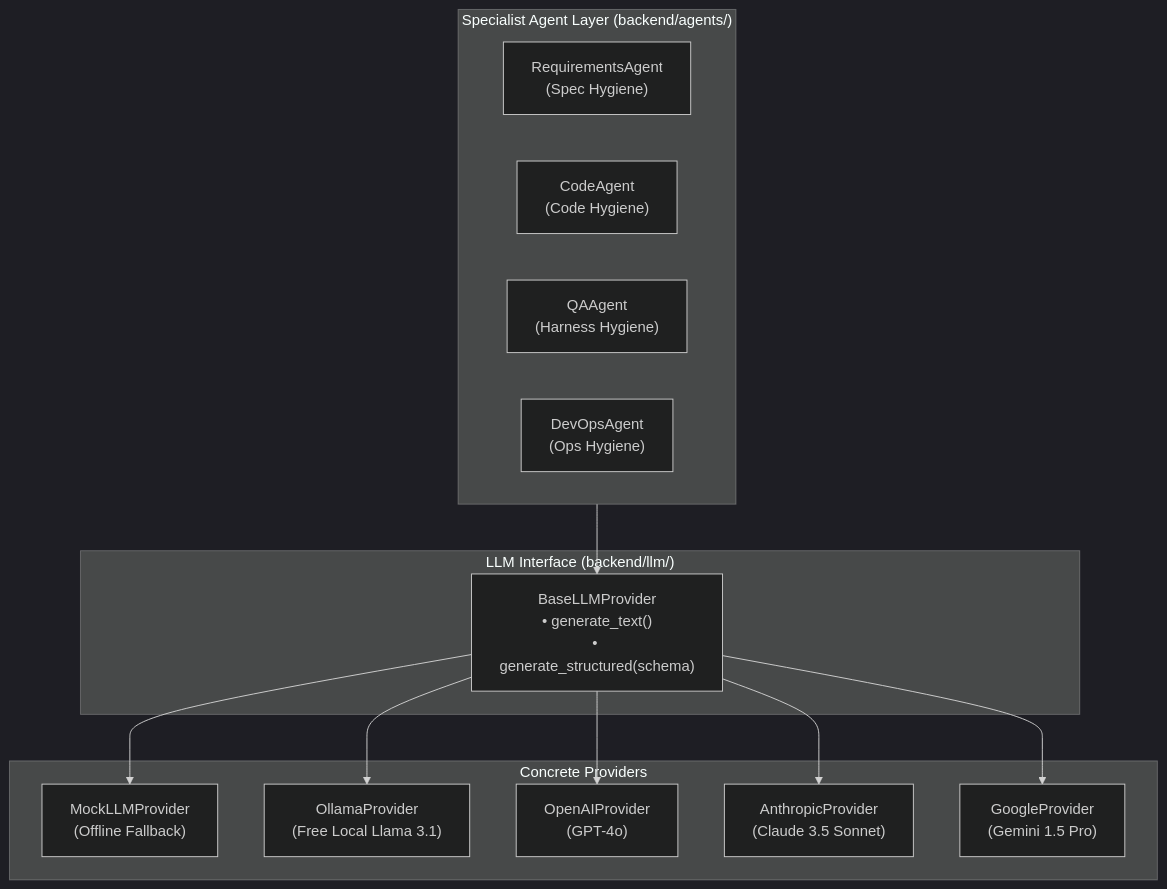
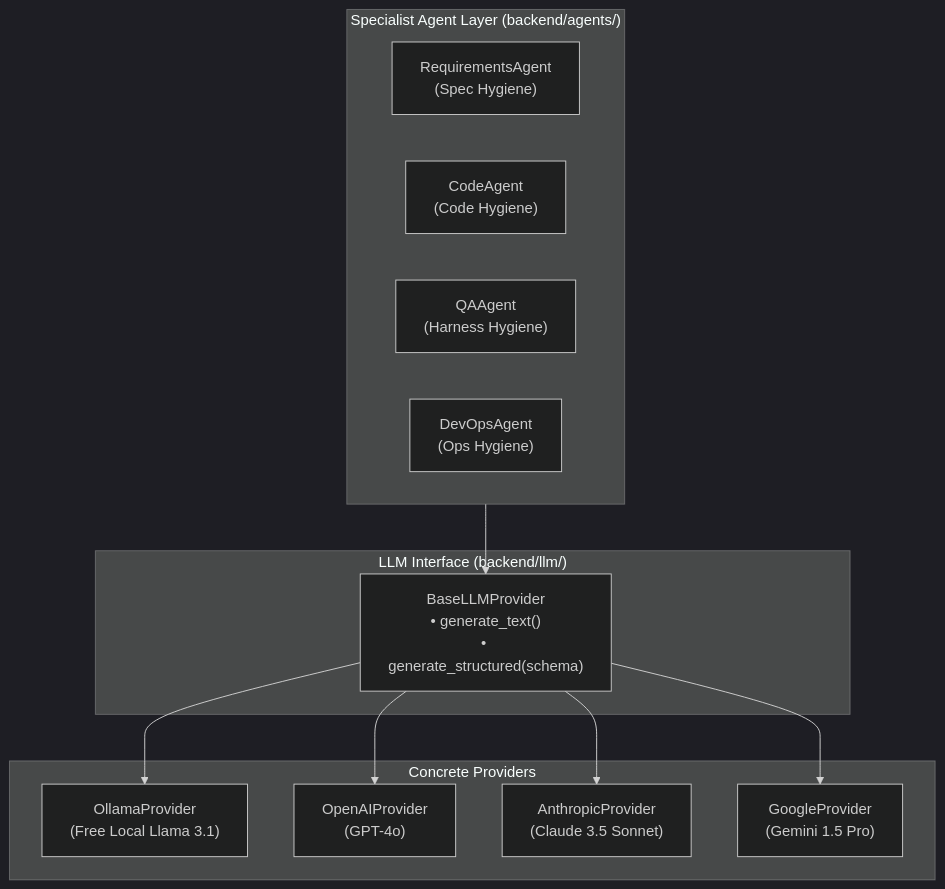
Before and after one commit to Yumekerol/AI-SDLC-compass: the diagram in SDLC-Compass/docs/AGENT_LLM_TRANSITION_GUIDE.md, drawn with Mermaid (dark theme). The commit also changed other lines of this file and 12 other files, not shown here.

````diff
--- a/SDLC-Compass/docs/AGENT_LLM_TRANSITION_GUIDE.md
+++ b/SDLC-Compass/docs/AGENT_LLM_TRANSITION_GUIDE.md
@@ -12,28 +12,26 @@
 ```mermaid
 flowchart TD
     subgraph Specialists["Specialist Agent Layer (backend/agents/)"]
         ReqAgent["RequirementsAgent\n(Spec Hygiene)"]
         CodeAgent["CodeAgent\n(Code Hygiene)"]
         QAAgent["QAAgent\n(Harness Hygiene)"]
         DevOpsAgent["DevOpsAgent\n(Ops Hygiene)"]
     end
 
     subgraph Abstraction["LLM Interface (backend/llm/)"]
         BaseLLM["BaseLLMProvider\n• generate_text()\n• generate_structured(schema)"]
     end
 
     subgraph Providers["Concrete Providers"]
-        MockP["MockLLMProvider\n(Offline Fallback)"]
         OllamaP["OllamaProvider\n(Free Local Llama 3.1)"]
         OpenAIP["OpenAIProvider\n(GPT-4o)"]
         ClaudeP["AnthropicProvider\n(Claude 3.5 Sonnet)"]
         GeminiP["GoogleProvider\n(Gemini 1.5 Pro)"]
     end
 
     Specialists --> BaseLLM
-    BaseLLM --> MockP
     BaseLLM --> OllamaP
     BaseLLM --> OpenAIP
     BaseLLM --> ClaudeP
     BaseLLM --> GeminiP
 ```
````
